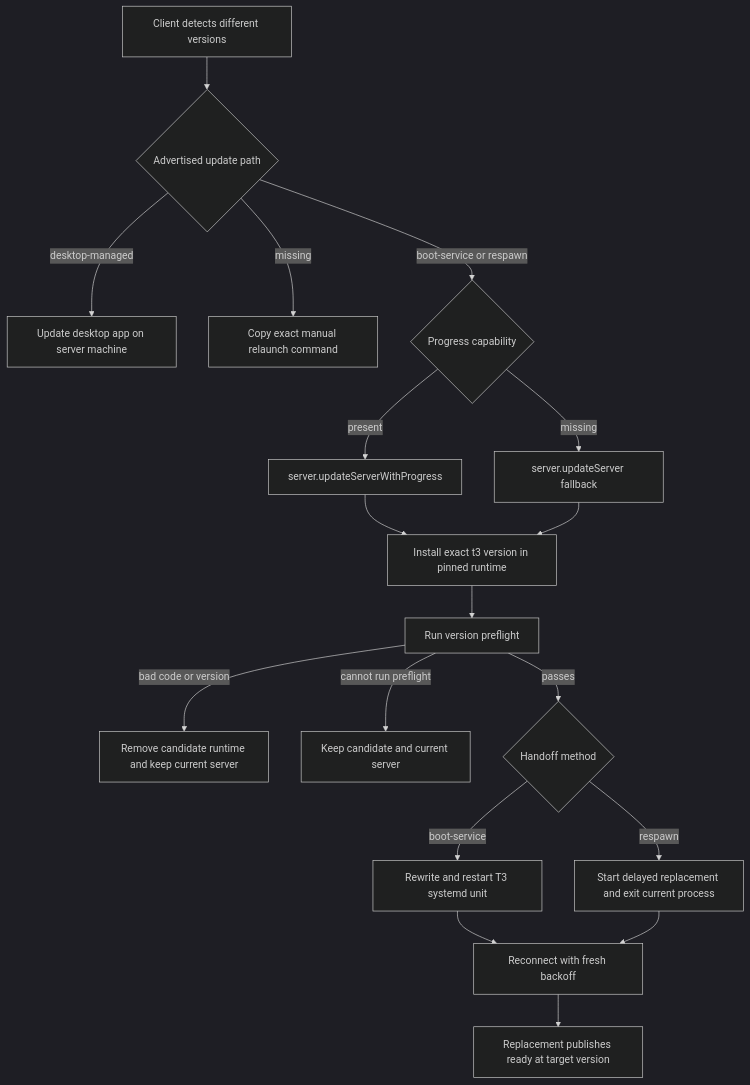
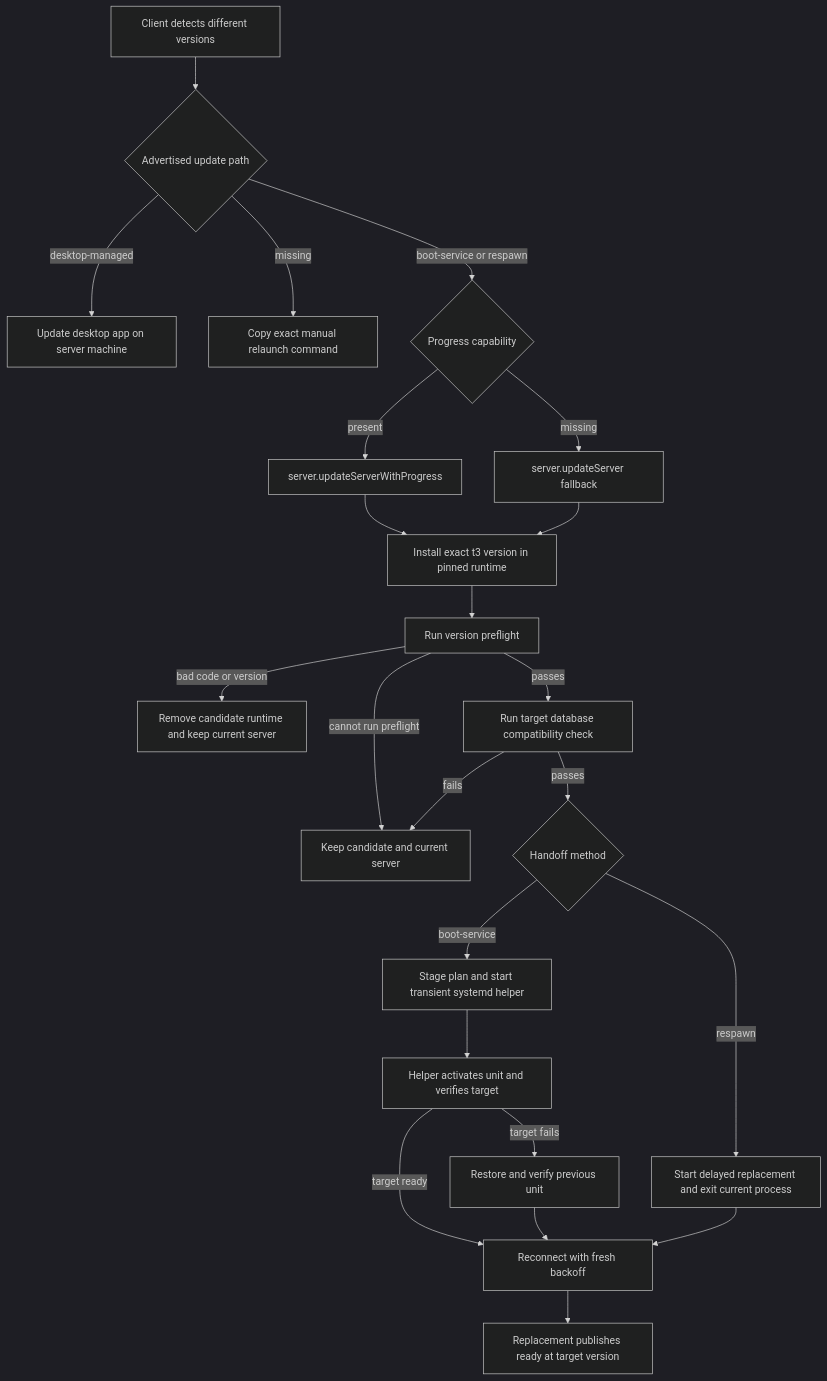
One commit to 0bkevin/t3code changed the diagram in docs/internals/server-updates.md. Above: the diagram before and after it, drawn with Mermaid (dark theme). The commit also changed other lines of this file and 10 other files, not shown here.

````diff
--- a/docs/internals/server-updates.md
+++ b/docs/internals/server-updates.md
@@ -56,20 +56,25 @@
 ```mermaid
 flowchart TD
     A[Client detects different versions] --> B{Advertised update path}
     B -->|desktop-managed| C[Update desktop app on server machine]
     B -->|missing| D[Copy exact manual relaunch command]
     B -->|boot-service or respawn| E{Progress capability}
     E -->|present| F[server.updateServerWithProgress]
     E -->|missing| G[server.updateServer fallback]
     F --> H[Install exact t3 version in pinned runtime]
     G --> H
     H --> I[Run version preflight]
     I -->|bad code or version| J[Remove candidate runtime and keep current server]
     I -->|cannot run preflight| J2[Keep candidate and current server]
-    I -->|passes| K{Handoff method}
-    K -->|boot-service| L[Rewrite and restart T3 systemd unit]
+    I -->|passes| I2[Run target database compatibility check]
+    I2 -->|fails| J2
+    I2 -->|passes| K{Handoff method}
+    K -->|boot-service| L[Stage plan and start transient systemd helper]
     K -->|respawn| M[Start delayed replacement and exit current process]
-    L --> N[Reconnect with fresh backoff]
+    L --> L2[Helper activates unit and verifies target]
+    L2 -->|target fails| L3[Restore and verify previous unit]
+    L2 -->|target ready| N[Reconnect with fresh backoff]
+    L3 --> N
     M --> N
     N --> O[Replacement publishes ready at target version]
 ```
````
